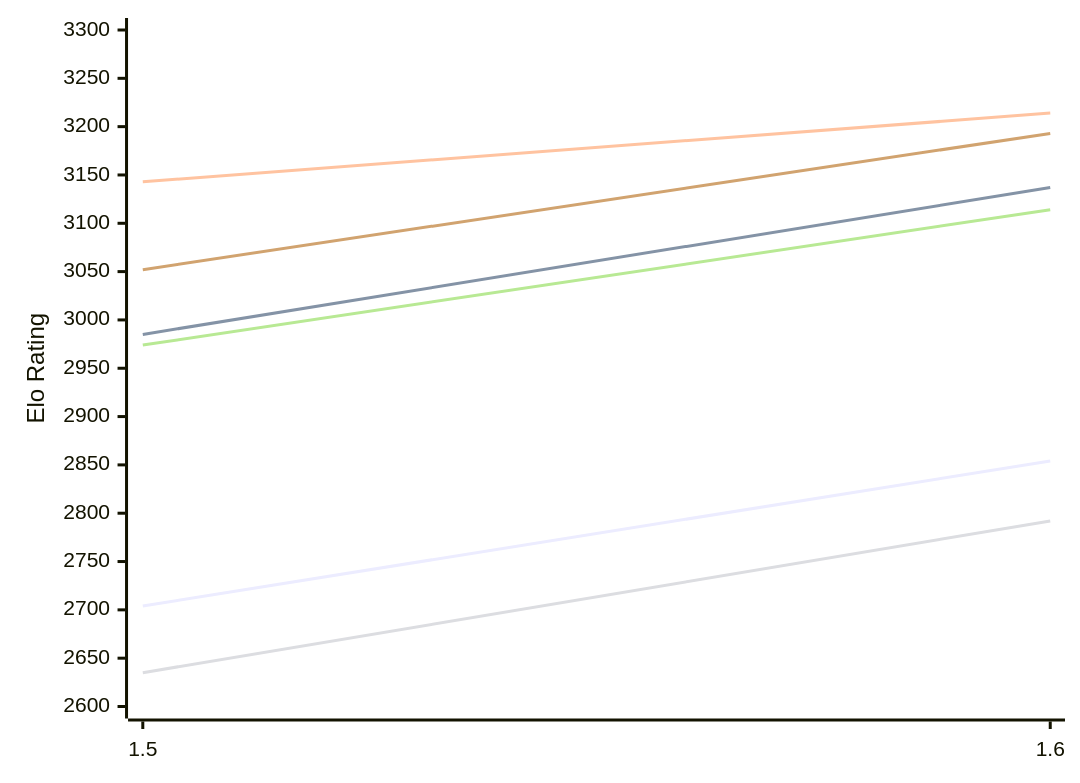
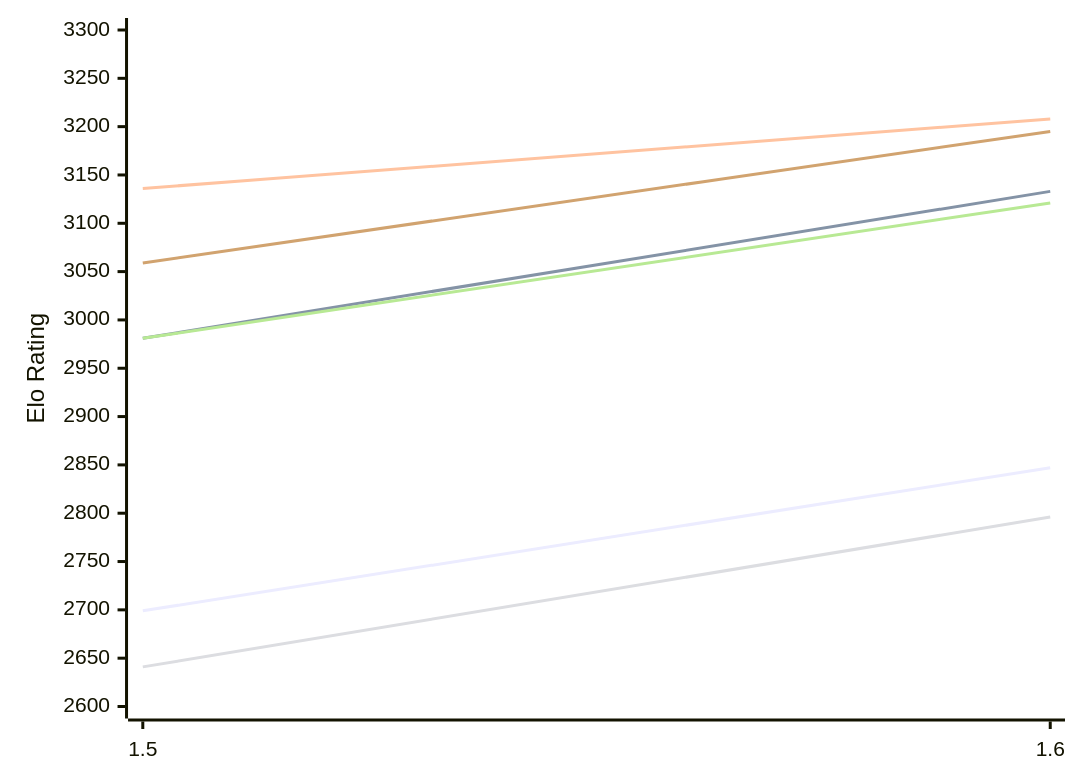
The first of 2 diagrams in engines/Yakka.md (computer-chess-index/cci), drawn with Mermaid before and after one commit. The commit also changed other lines of this file, not shown here.

Commit message:
Update CCI Ratings (ELO VLTC) - 2026-11-18

````diff
--- a/engines/Yakka.md
+++ b/engines/Yakka.md
@@ -51,12 +51,12 @@
 ```mermaid
 %%{init: {"theme":"base","themeVariables":{"seriesColors:['#a3a3a3','#222221','#faa371']}}}%%
 xychart-beta
   x-axis ["1.5", "1.6"]
   y-axis "Elo Rating" 2600 --> 3300
-  line "E1: STC (8.0+0.08s)" [2704, 2854]
-  line "E1: LTC (60.0+0.60s)" [2985, 3137]
-  line "E1: VLTC (2m24s+1.12s)" [3143, 3214]
-  line "P1: STC (8.0+0.08s)" [2635, 2792]
-  line "P1: LTC (60.0+0.60s)" [2974, 3114]
-  line "P1: VLTC (2m24s+1.12s)" [3052, 3193]
+  line "E1: STC (8.0+0.08s)" [2699, 2847]
+  line "E1: LTC (60.0+0.60s)" [2981, 3133]
+  line "E1: VLTC (2m24s+1.12s)" [3136, 3208]
+  line "P1: STC (8.0+0.08s)" [2641, 2796]
+  line "P1: LTC (60.0+0.60s)" [2981, 3121]
+  line "P1: VLTC (2m24s+1.12s)" [3059, 3195]
 ```
````
